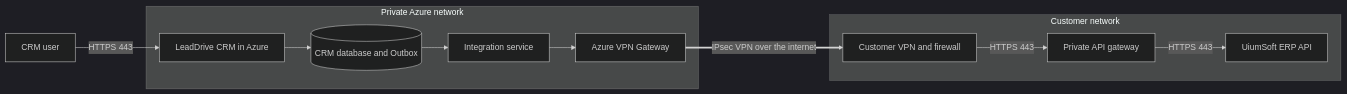
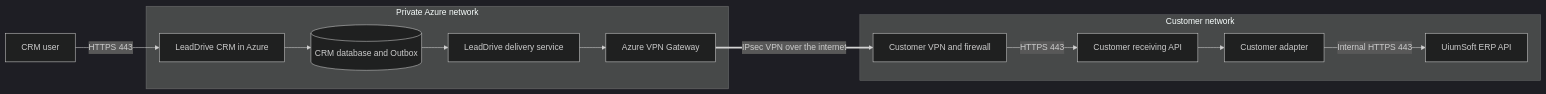
Before and after one commit to rashadoni/leaddrive-v2: the first of 2 diagrams in docs/uiumsoft-api-security-flow.en.md, drawn with Mermaid (dark theme). The commit also changed other lines of this file and 2 other files, not shown here.

Commit message:
docs: clarify customer API boundary and security logs in AZ and EN

````diff
--- a/docs/uiumsoft-api-security-flow.en.md
+++ b/docs/uiumsoft-api-security-flow.en.md
@@ -42,14 +42,15 @@
 ```mermaid
 flowchart LR
     U[CRM user] -->|HTTPS 443| C[LeadDrive CRM in Azure]
     subgraph AZ[Private Azure network]
         C --> D[(CRM database and Outbox)]
-        D --> W[Integration service]
+        D --> W[LeadDrive delivery service]
         W --> V[Azure VPN Gateway]
     end
     V ==>|IPsec VPN over the internet| F[Customer VPN and firewall]
     subgraph CL[Customer network]
-        F -->|HTTPS 443| G[Private API gateway]
-        G -->|HTTPS 443| E[UiumSoft ERP API]
+        F -->|HTTPS 443| G[Customer receiving API]
+        G --> A[Customer adapter]
+        A -->|Internal HTTPS 443| E[UiumSoft ERP API]
     end
 ```
````
